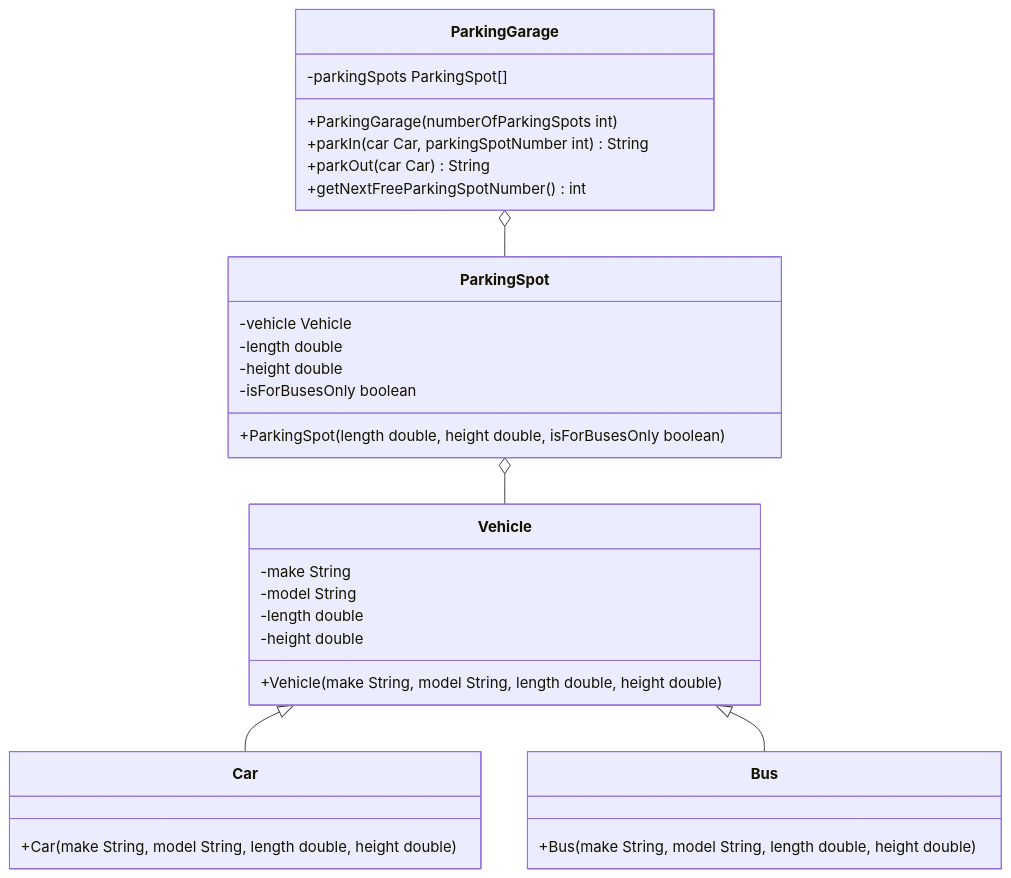
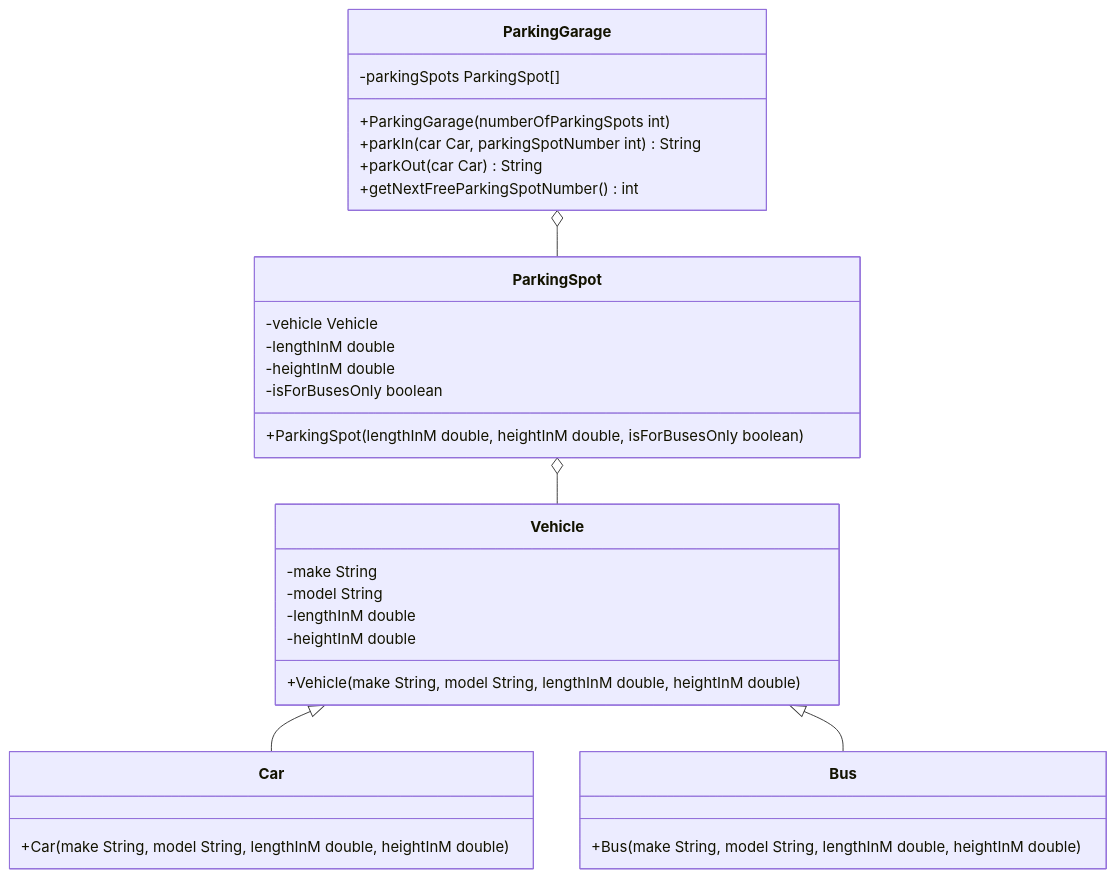
Before and after one commit to jappuccini/java-docs: the diagram in docs/exam-exercises/exam-exercises-java1/parking-garage.md, drawn with Mermaid.

````diff
--- a/docs/exam-exercises/exam-exercises-java1/parking-garage.md
+++ b/docs/exam-exercises/exam-exercises-java1/parking-garage.md
@@ -11,39 +11,39 @@
 ```mermaid
 classDiagram
     ParkingGarage o-- ParkingSpot
     ParkingSpot o-- Vehicle
     Vehicle <|-- Car
     Vehicle <|-- Bus
 
     class ParkingSpot {
         -vehicle Vehicle
-        -length double
-        -height double
+        -lengthInM double
+        -heightInM double
         -isForBusesOnly boolean
-        +ParkingSpot(length double, height double, isForBusesOnly boolean)
+        +ParkingSpot(lengthInM double, heightInM double, isForBusesOnly boolean)
     }
 
     class Vehicle {
         -make String
         -model String
-        -length double
-        -height double
-        +Vehicle(make String, model String, length double, height double)
+        -lengthInM double
+        -heightInM double
+        +Vehicle(make String, model String, lengthInM double, heightInM double)
     }
 
     class Car {
-        +Car(make String, model String, length double, height double)
+        +Car(make String, model String, lengthInM double, heightInM double)
     }
 
     class Bus {
-        +Bus(make String, model String, length double, height double)
+        +Bus(make String, model String, lengthInM double, heightInM double)
     }
 
     class ParkingGarage {
         -parkingSpots ParkingSpot[]
         +ParkingGarage(numberOfParkingSpots int)
         +parkIn(car Car, parkingSpotNumber int) String
         +parkOut(car Car) String
         +getNextFreeParkingSpotNumber() int
     }
 ```
````
